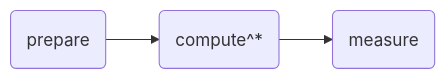
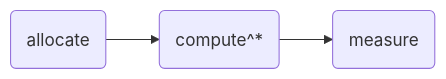
Before and after one commit to anpaz/qstack: the diagram in README.md, drawn with Mermaid. The commit also changed other lines of this file, not shown here.

Commit message:
allocate/measure blocks

````diff
--- a/README.md
+++ b/README.md
@@ -51,4 +57,4 @@
 ```mermaid
 flowchart LR
-    A(prepare) --> B(compute^*) --> C(measure)
+    A(allocate) --> B(compute^*) --> C(measure)
 ```
````
